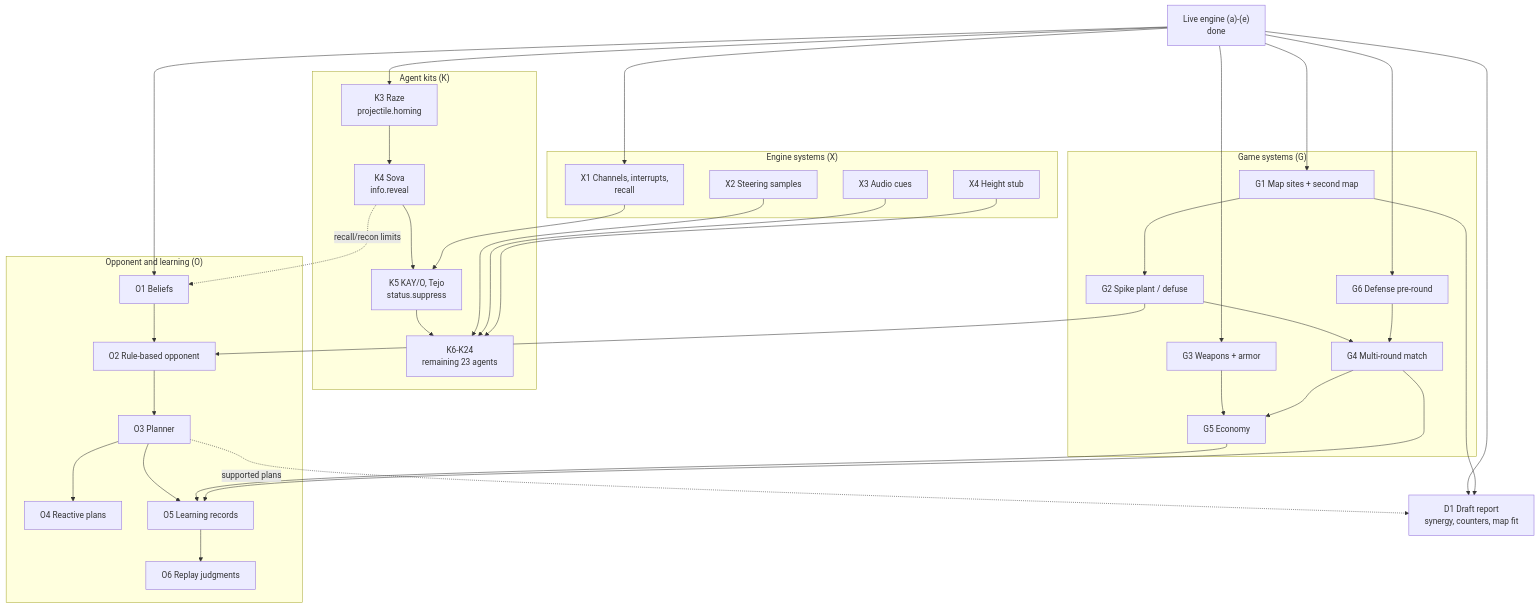
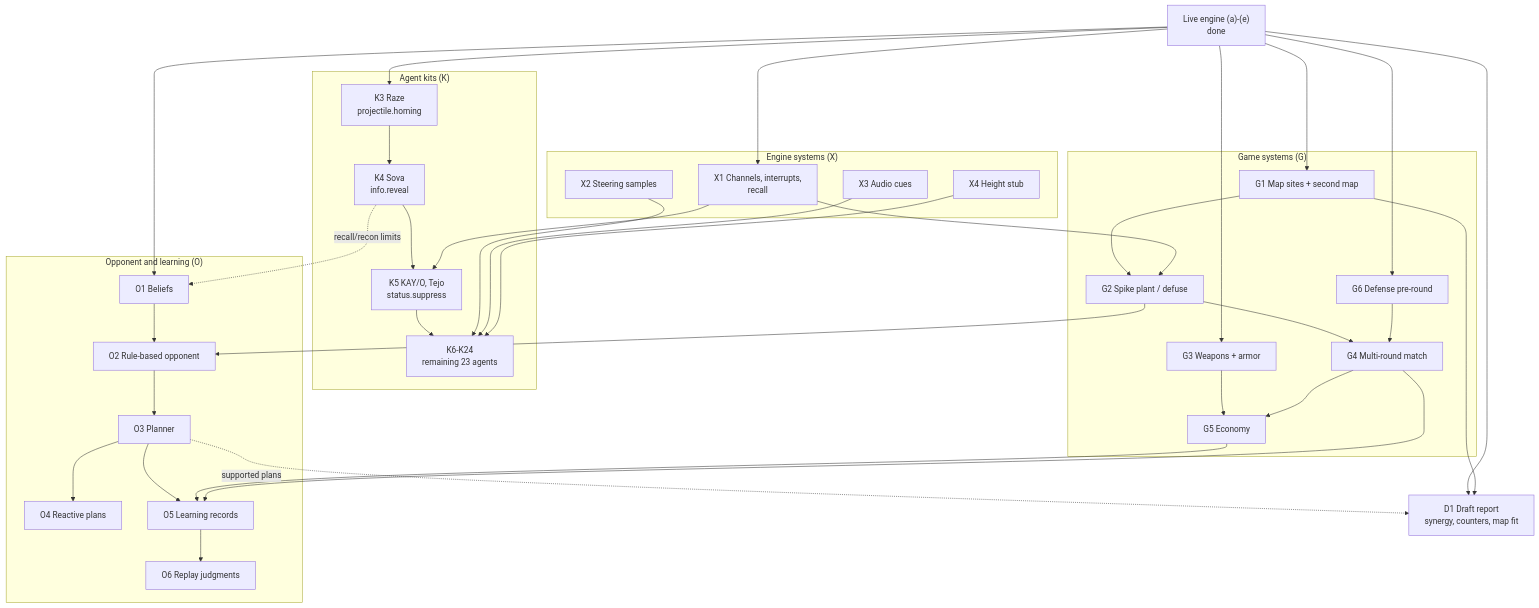
Before and after one commit to Maheer1001/valorant-sim: the diagram in docs/roadmap.md, drawn with Mermaid. The commit also changed other lines of this file and 13 other files, not shown here.

````diff
--- a/docs/roadmap.md
+++ b/docs/roadmap.md
@@ -30,65 +32,66 @@
 ```mermaid
 flowchart TD
   LIVE["Live engine (a)-(e)<br/>done"]
 
   subgraph Kits["Agent kits (K)"]
     K3["K3 Raze<br/>projectile.homing"]
     K4["K4 Sova<br/>info.reveal"]
     K5["K5 KAY/O, Tejo<br/>status.suppress"]
     K6_24["K6-K24<br/>remaining 23 agents"]
   end
 
   subgraph Engine["Engine systems (X)"]
     X1["X1 Channels, interrupts,<br/>recall"]
     X2["X2 Steering samples"]
     X3["X3 Audio cues"]
     X4["X4 Height stub"]
   end
 
   subgraph Game["Game systems (G)"]
     G1["G1 Map sites + second map"]
     G2["G2 Spike plant / defuse"]
     G3["G3 Weapons + armor"]
     G4["G4 Multi-round match"]
     G5["G5 Economy"]
     G6["G6 Defense pre-round"]
   end
 
   subgraph Brain["Opponent and learning (O)"]
     O1["O1 Beliefs"]
     O2["O2 Rule-based opponent"]
     O3["O3 Planner"]
     O4["O4 Reactive plans"]
     O5["O5 Learning records"]
     O6["O6 Replay judgments"]
   end
 
   D1["D1 Draft report<br/>synergy, counters, map fit"]
 
   LIVE --> K3 --> K4 --> K5 --> K6_24
   LIVE --> X1
   X1 --> K5
   X2 --> K6_24
   X3 --> K6_24
   X4 --> K6_24
 
   LIVE --> G1 --> G2 --> G4
+  X1 --> G2
   LIVE --> G3 --> G5
   G4 --> G5
   LIVE --> G6
   G6 --> G4
 
   LIVE --> O1
   K4 -. recall/recon limits .-> O1
   O1 --> O2
   G2 --> O2
   O2 --> O3 --> O4
   O3 --> O5
   G5 --> O5
   G4 --> O5
   O5 --> O6
 
   LIVE --> D1
   G1 --> D1
   O3 -. supported plans .-> D1
 ```
````
